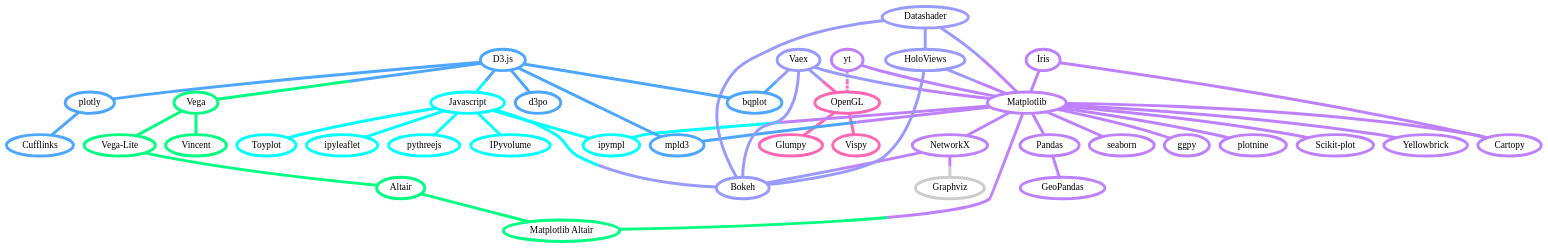
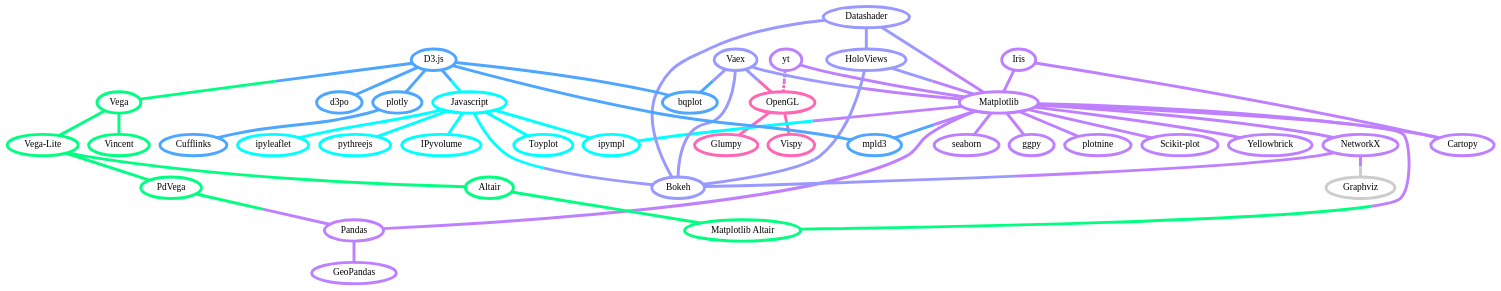
The diagram in docs/viz/overview.rst (veit/jupyter-tutorial), drawn with Graphviz before and after one commit. The commit also changed other lines of this file, not shown here.

Commit message:
Add PdVega to viz overview, see #46

```diff
--- a/docs/viz/overview.rst
+++ b/docs/viz/overview.rst
@@ -232,6 +232,12 @@
             color="#00FF80",
             target="_top",
             href="https://github.com/vega/vega-lite"]
+        pdvega [
+            label="PdVega",
+            tooltip="Interaktive Vega-Light-Plots\naus Pandas Dataframes",
+            color="#00FF80",
+            target="_top",
+            href="https://altair-viz.github.io/pdvega/"]
         altair [
             label="Altair",
             tooltip="Deklarative Visualisierung\nin Python",
@@ -247,6 +253,8 @@
         vega -- vincent [color="#00FF80"]
         vega -- vega_light [color="#00FF80"]
         vega_light -- altair [color="#00FF80"]
+        vega_light -- pdvega [color="#00FF80"]
+        pdvega -- pandas [color="#00FF80;0.5:#BF80FF"]
         altair -- mpl_altair [color="#00FF80"]
 
         // Javascript
```
